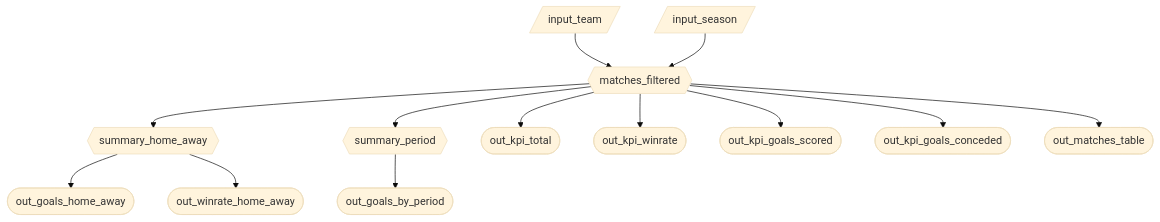
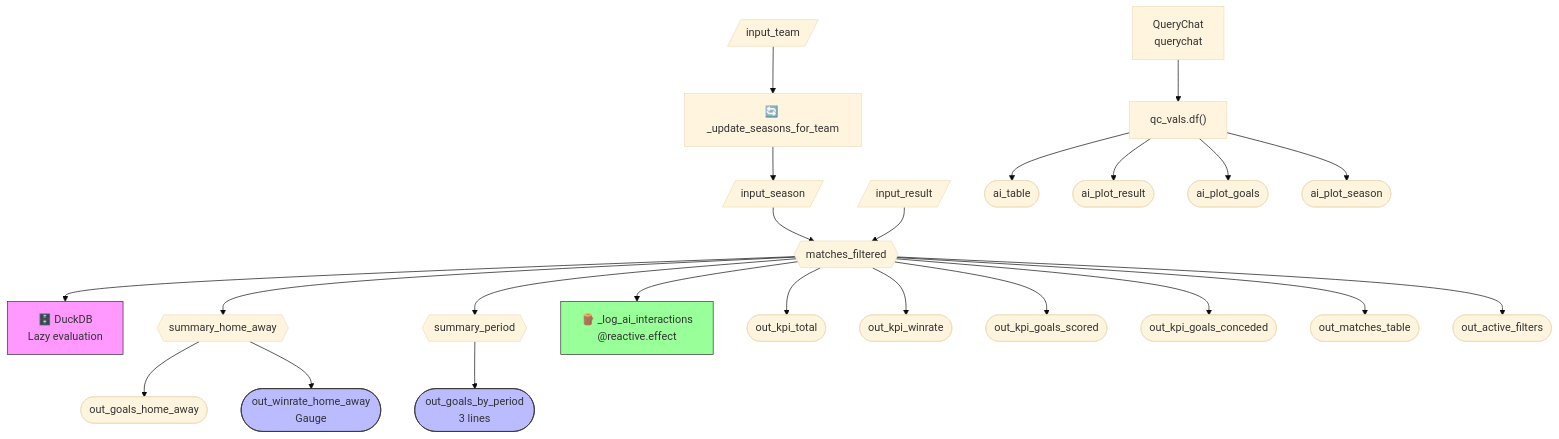
Before and after one commit to UBC-MDS/DSCI-532_2026_6_EPL_match_tracker: the diagram in reports/m2_spec.md, drawn with Mermaid (base theme). The commit also changed other lines of this file, not shown here.

````diff
--- a/reports/m2_spec.md
+++ b/reports/m2_spec.md
@@ -45,20 +49,44 @@
 ```mermaid
 flowchart TD
-  %% EPL Dashboard Reactivity Graph
-  A[/input_team/] --> F{{matches_filtered}}
-  B[/input_season/] --> F
-
+  %% EPL Dashboard Reactivity Graph (M4)
+  
+  %% Inputs
+  A[/input_team/] --> U["🔄 _update_seasons_for_team"]
+  U --> B[/input_season/]
+  B --> F{{matches_filtered}}
+  C[/input_result/] --> F
+  
+  %% Database layer (M4 Ibis/DuckDB)
+  F --> F_note["🗄️ DuckDB<br/>Lazy evaluation"]
+  
+  %% Core reactives
   F --> S1{{summary_home_away}}
   F --> S2{{summary_period}}
-
+  F --> LOG["🪵 _log_ai_interactions<br/>@reactive.effect"]
+  
+  %% KPI outputs
   F --> K1([out_kpi_total])
   F --> K2([out_kpi_winrate])
   F --> K3([out_kpi_goals_scored])
   F --> K4([out_kpi_goals_conceded])
   F --> T1([out_matches_table])
-
+  F --> AF([out_active_filters])
+  
+  %% Chart outputs
   S1 --> P1([out_goals_home_away])
-  S1 --> P2([out_winrate_home_away])
-
-  S2 --> P3([out_goals_by_period])
+  S1 --> P2([out_winrate_home_away<br/>Gauge])
+  
+  S2 --> P3([out_goals_by_period<br/>3 lines])
+  
+  %% AI Explorer (M3+)
+  QC["QueryChat<br/>querychat"] --> QC_DF["qc_vals.df()"]
+  QC_DF --> AI1([ai_table])
+  QC_DF --> AI2([ai_plot_result])
+  QC_DF --> AI3([ai_plot_goals])
+  QC_DF --> AI4([ai_plot_season])
+  
+  style F_note fill:#f9f,stroke:#333
+  style LOG fill:#9f9,stroke:#333
+  style P2 fill:#bbf,stroke:#333
+  style P3 fill:#bbf,stroke:#333
 ```
````
